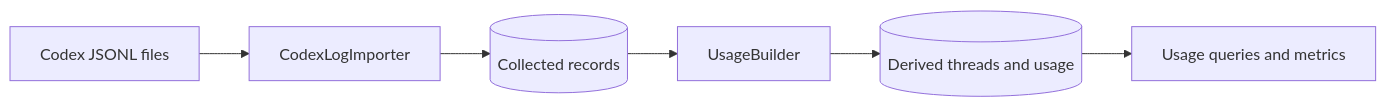
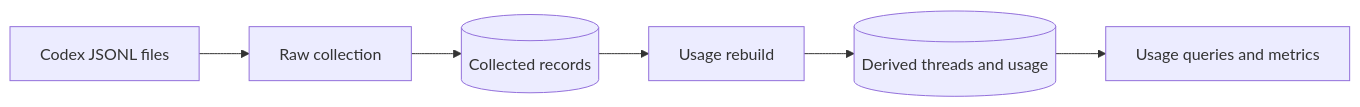
The diagram in specification/02-architecture/02-design/000-system-overview.md (xtrmstep/codex-stats-analyzer), drawn with Mermaid before and after one commit. The commit also changed other lines of this file and 5 other files, not shown here.

````diff
--- a/specification/02-architecture/02-design/000-system-overview.md
+++ b/specification/02-architecture/02-design/000-system-overview.md
@@ -5,8 +5,8 @@
 ```mermaid
 flowchart LR
-    Logs[Codex JSONL files] --> Importer[CodexLogImporter]
+    Logs[Codex JSONL files] --> Importer[Raw collection]
     Importer --> Raw[(Collected records)]
-    Raw --> Builder[UsageBuilder]
+    Raw --> Builder[Usage rebuild]
     Builder --> Usage[(Derived threads and usage)]
     Usage --> Metrics[Usage queries and metrics]
 ```
````
